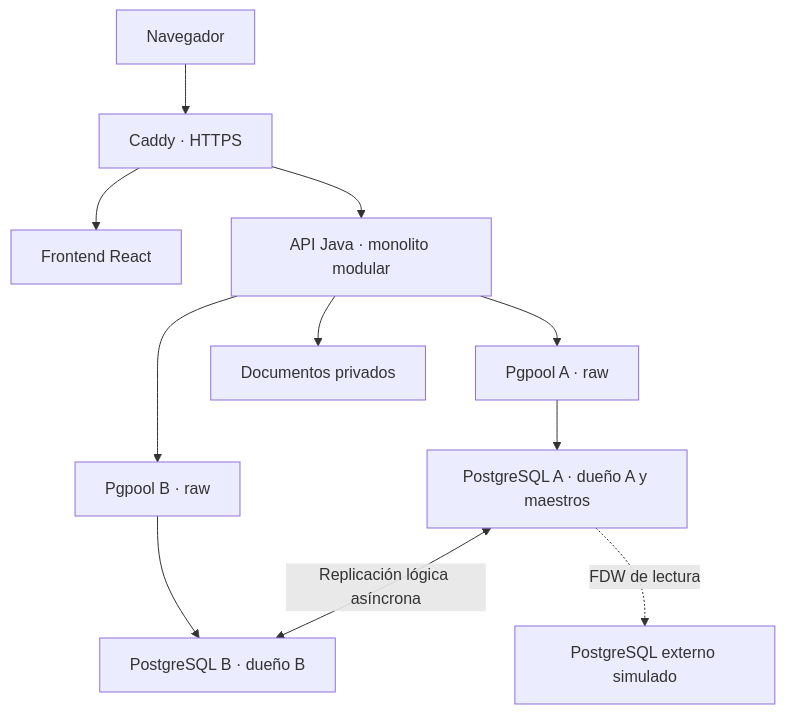
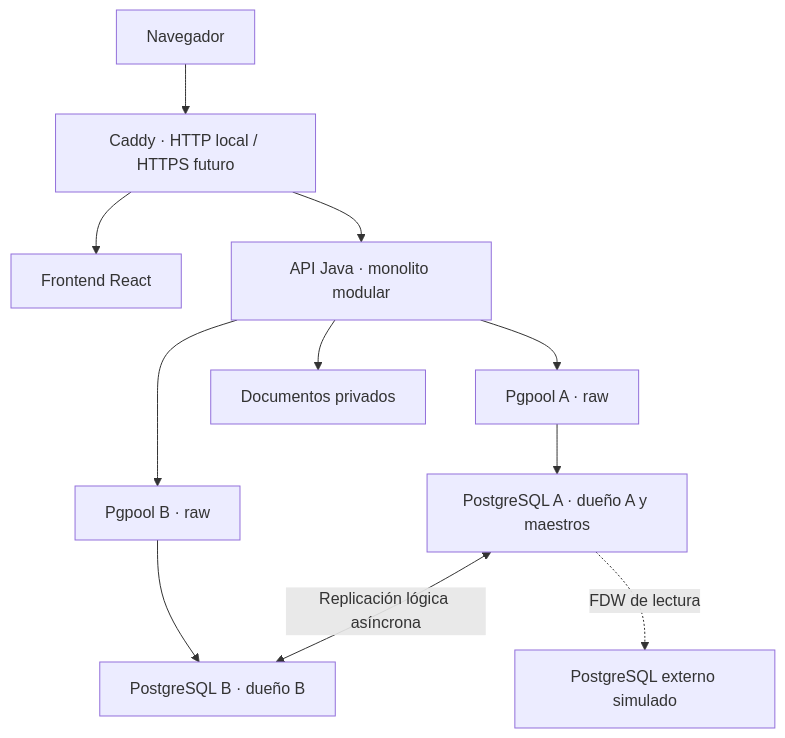
One commit to ALDOOGOAT/bovicierre changed the diagram in README.md. Above: the diagram before and after it, drawn with Mermaid. The commit also changed other lines of this file and 390 other files, not shown here.

````diff
--- a/README.md
+++ b/README.md
@@ -40,13 +40,13 @@
 ```mermaid
 flowchart TB
-    U["Navegador"] --> C["Caddy · HTTPS"]
+    U["Navegador"] --> C["Caddy · HTTP local / HTTPS futuro"]
     C --> F["Frontend React"]
     C --> API["API Java · monolito modular"]
     API --> PA["Pgpool A · raw"]
     API --> PB["Pgpool B · raw"]
     PA --> A["PostgreSQL A · dueño A y maestros"]
     PB --> B["PostgreSQL B · dueño B"]
     A <-->|"Replicación lógica asíncrona"| B
     A -. "FDW de lectura" .-> X["PostgreSQL externo simulado"]
     API --> D["Documentos privados"]
 ```
````
